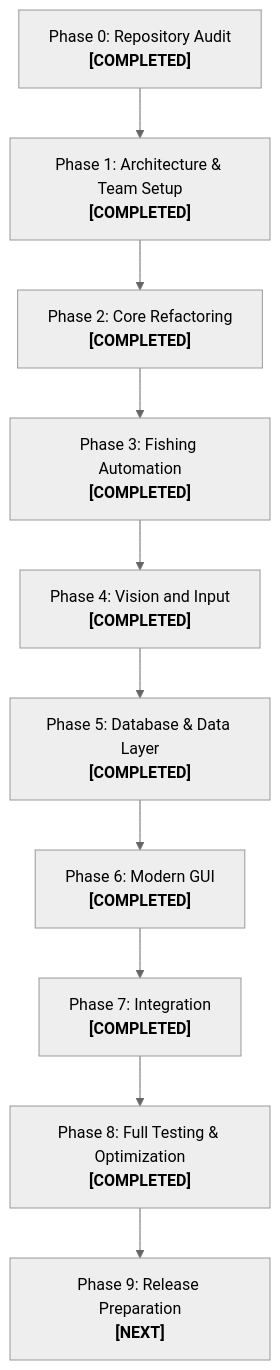
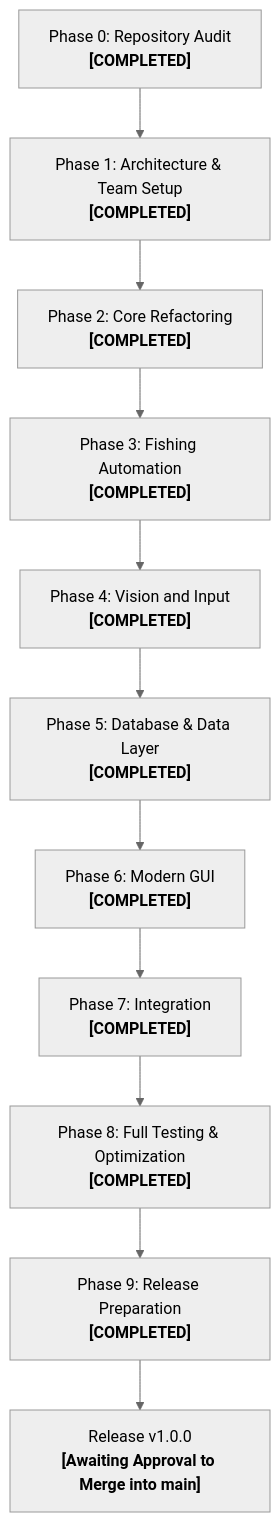
The diagram in docs/ROADMAP.md (69030304-bot/fisch_macro), drawn with Mermaid (neutral theme) before and after one commit. The commit also changed other lines of this file and 5 other files, not shown here.

````diff
--- a/docs/ROADMAP.md
+++ b/docs/ROADMAP.md
@@ -12,12 +12,13 @@
 ```mermaid
 flowchart TD
     P0["Phase 0: Repository Audit<br/><b>[COMPLETED]</b>"] --> P1["Phase 1: Architecture & Team Setup<br/><b>[COMPLETED]</b>"]
     P1 --> P2["Phase 2: Core Refactoring<br/><b>[COMPLETED]</b>"]
     P2 --> P3["Phase 3: Fishing Automation<br/><b>[COMPLETED]</b>"]
     P3 --> P4["Phase 4: Vision and Input<br/><b>[COMPLETED]</b>"]
     P4 --> P5["Phase 5: Database & Data Layer<br/><b>[COMPLETED]</b>"]
     P5 --> P6["Phase 6: Modern GUI<br/><b>[COMPLETED]</b>"]
     P6 --> P7["Phase 7: Integration<br/><b>[COMPLETED]</b>"]
     P7 --> P8["Phase 8: Full Testing & Optimization<br/><b>[COMPLETED]</b>"]
-    P8 --> P9["Phase 9: Release Preparation<br/><b>[NEXT]</b>"]
+    P8 --> P9["Phase 9: Release Preparation<br/><b>[COMPLETED]</b>"]
+    P9 --> REL["Release v1.0.0<br/><b>[Awaiting Approval to Merge into main]</b>"]
 ```
````
